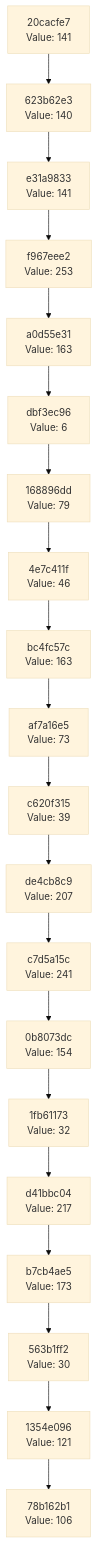
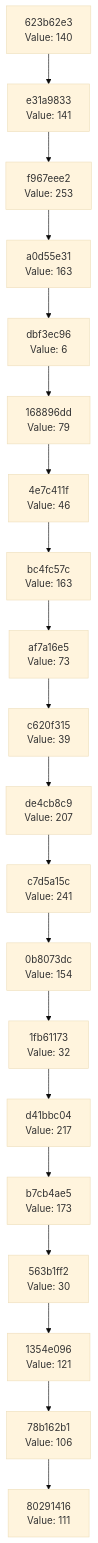
One commit to Abhisheksinha1506/hash-chain-evolver changed the diagram in docs/CHAIN_VISUALIZATION.md. Above: the diagram before and after it, drawn with Mermaid (base theme). The commit also changed 2 other files, not shown here.

Commit message:
Evolution step: hash 0x6F → action executed

````diff
--- a/docs/CHAIN_VISUALIZATION.md
+++ b/docs/CHAIN_VISUALIZATION.md
@@ -3,42 +3,42 @@
 ```mermaid
 graph TD
-    C0["78b162b1<br/>Value: 106"]
-    C1["1354e096<br/>Value: 121"]
+    C0["80291416<br/>Value: 111"]
+    C1["78b162b1<br/>Value: 106"]
     C1 --> C0
-    C2["563b1ff2<br/>Value: 30"]
+    C2["1354e096<br/>Value: 121"]
     C2 --> C1
-    C3["b7cb4ae5<br/>Value: 173"]
+    C3["563b1ff2<br/>Value: 30"]
     C3 --> C2
-    C4["d41bbc04<br/>Value: 217"]
+    C4["b7cb4ae5<br/>Value: 173"]
     C4 --> C3
-    C5["1fb61173<br/>Value: 32"]
+    C5["d41bbc04<br/>Value: 217"]
     C5 --> C4
-    C6["0b8073dc<br/>Value: 154"]
+    C6["1fb61173<br/>Value: 32"]
     C6 --> C5
-    C7["c7d5a15c<br/>Value: 241"]
+    C7["0b8073dc<br/>Value: 154"]
     C7 --> C6
-    C8["de4cb8c9<br/>Value: 207"]
+    C8["c7d5a15c<br/>Value: 241"]
     C8 --> C7
-    C9["c620f315<br/>Value: 39"]
+    C9["de4cb8c9<br/>Value: 207"]
     C9 --> C8
-    C10["af7a16e5<br/>Value: 73"]
+    C10["c620f315<br/>Value: 39"]
     C10 --> C9
-    C11["bc4fc57c<br/>Value: 163"]
+    C11["af7a16e5<br/>Value: 73"]
     C11 --> C10
-    C12["4e7c411f<br/>Value: 46"]
+    C12["bc4fc57c<br/>Value: 163"]
     C12 --> C11
-    C13["168896dd<br/>Value: 79"]
+    C13["4e7c411f<br/>Value: 46"]
     C13 --> C12
-    C14["dbf3ec96<br/>Value: 6"]
+    C14["168896dd<br/>Value: 79"]
     C14 --> C13
-    C15["a0d55e31<br/>Value: 163"]
+    C15["dbf3ec96<br/>Value: 6"]
     C15 --> C14
-    C16["f967eee2<br/>Value: 253"]
+    C16["a0d55e31<br/>Value: 163"]
     C16 --> C15
-    C17["e31a9833<br/>Value: 141"]
+    C17["f967eee2<br/>Value: 253"]
     C17 --> C16
-    C18["623b62e3<br/>Value: 140"]
+    C18["e31a9833<br/>Value: 141"]
     C18 --> C17
-    C19["20cacfe7<br/>Value: 141"]
+    C19["623b62e3<br/>Value: 140"]
     C19 --> C18
 ```
````
